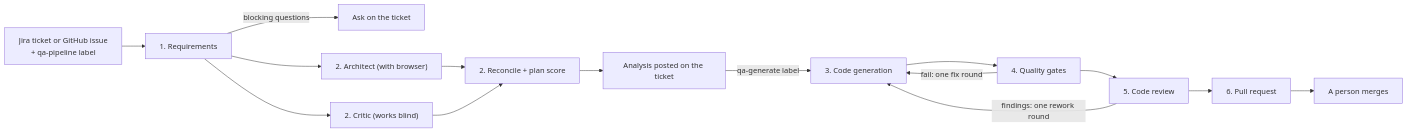
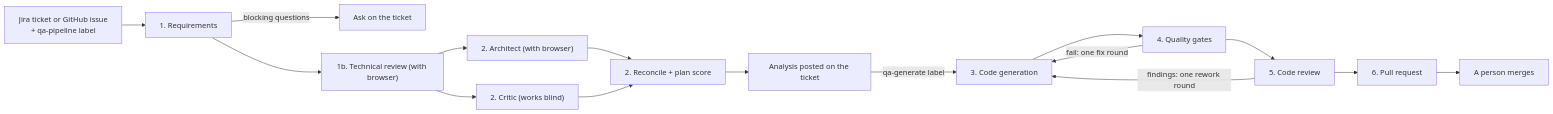
Before and after one commit to Beherrit/agentic-qa-playwright: the diagram in README.md, drawn with Mermaid. The commit also changed other lines of this file and 13 other files, not shown here.

First line of the commit message:
Technical review: a stage of its own, so every ticket gets technical notes

````diff
--- a/README.md
+++ b/README.md
@@ -13,17 +13,18 @@
 ```mermaid
 flowchart LR
   J["Jira ticket or GitHub issue<br>+ qa-pipeline label"] --> R["1. Requirements"]
   R -->|blocking questions| Q["Ask on the ticket"]
-  R --> A["2. Architect (with browser)"]
-  R --> C["2. Critic (works blind)"]
+  R --> X["1b. Technical review (with browser)"]
+  X --> A["2. Architect (with browser)"]
+  X --> C["2. Critic (works blind)"]
   A --> M["2. Reconcile + plan score"]
   C --> M
   M --> N["Analysis posted on the ticket"]
   N -->|"qa-generate label"| G["3. Code generation"]
   G --> T["4. Quality gates"]
   T -->|"fail: one fix round"| G
   T --> V["5. Code review"]
   V -->|"findings: one rework round"| G
   V --> P["6. Pull request"]
   P --> H["A person merges"]
 ```
````
